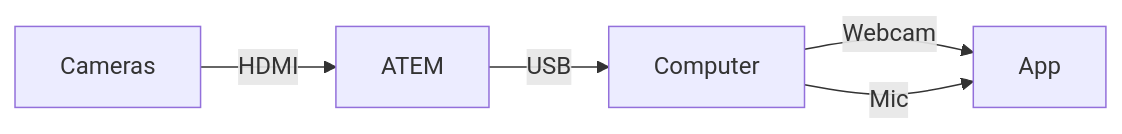
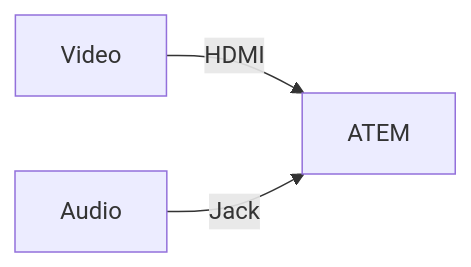
Before and after one commit to mathias-ewald/atem-setup: the second of 3 diagrams in 03-how.md, drawn with Mermaid. The commit also changed other lines of this file and 1 other file, not shown here.

````diff
--- a/03-how.md
+++ b/03-how.md
@@ -22,5 +52,5 @@
 ```mermaid {scale: 1.5}
 flowchart LR
-Cameras -- HDMI --> ATEM -- USB --> Computer -- Webcam --> App
-Computer -- Mic --> App
-``` 
+Video -- HDMI --> ATEM
+Audio -- Jack --> ATEM
+```
````
